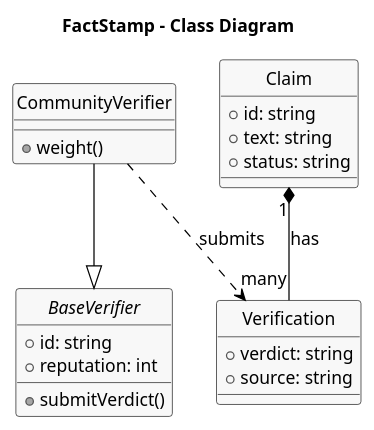
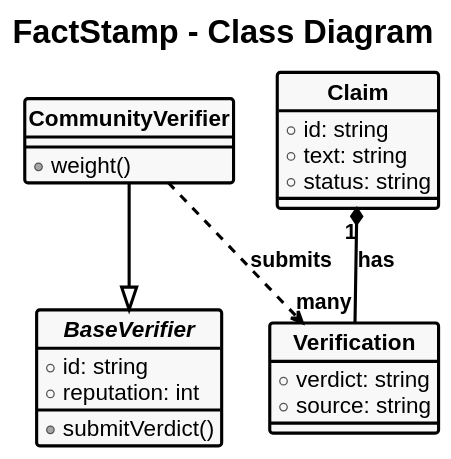
One commit to aadish0day/typst changed diagram 12 of 12 in FactStamp/Rules/Diagram-rules.md. Above: the diagram before and after it, drawn with PlantUML. The commit also changed other lines of this file and 67 other files, not shown here.

````diff
--- a/FactStamp/Rules/Diagram-rules.md
+++ b/FactStamp/Rules/Diagram-rules.md
@@ -416,38 +523,48 @@
 ```plantuml
 @startuml
 skinparam style strictuml
 skinparam monochrome true
-skinparam defaultFontName "Times New Roman"
-skinparam defaultFontSize 14
+skinparam defaultFontName "Liberation Sans"
+skinparam defaultFontSize 20
+skinparam defaultFontStyle bold
+skinparam titleFontSize 26
+skinparam titleFontStyle bold
 skinparam backgroundColor white
 skinparam ArrowColor black
+skinparam ArrowThickness 2.5
+skinparam ArrowFontSize 17
+skinparam ArrowFontStyle bold
 skinparam ClassBorderColor black
+skinparam ClassBorderThickness 2.5
 skinparam ClassBackgroundColor #F8F9FA
+skinparam ClassFontSize 22
+skinparam ClassFontStyle bold
+skinparam ClassAttributeFontSize 18
 title FactStamp - Class Diagram
 
 abstract class BaseVerifier {
   +id: string
   +reputation: int
   +submitVerdict()
 }
 
 class CommunityVerifier {
   +weight()
 }
 
 class Claim {
   +id: string
   +text: string
   +status: string
 }
 
 class Verification {
   +verdict: string
   +source: string
 }
 
 CommunityVerifier --|> BaseVerifier
 CommunityVerifier ..> Verification : submits
 Claim "1" *-- "many" Verification : has
 @enduml
 ```
````
